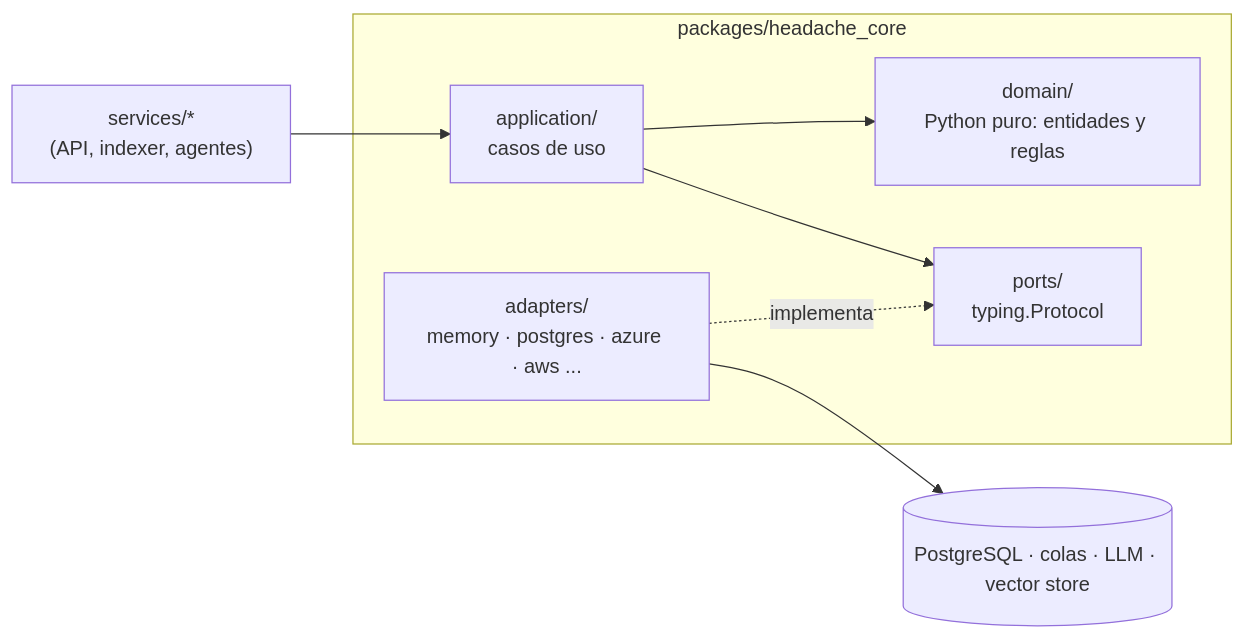
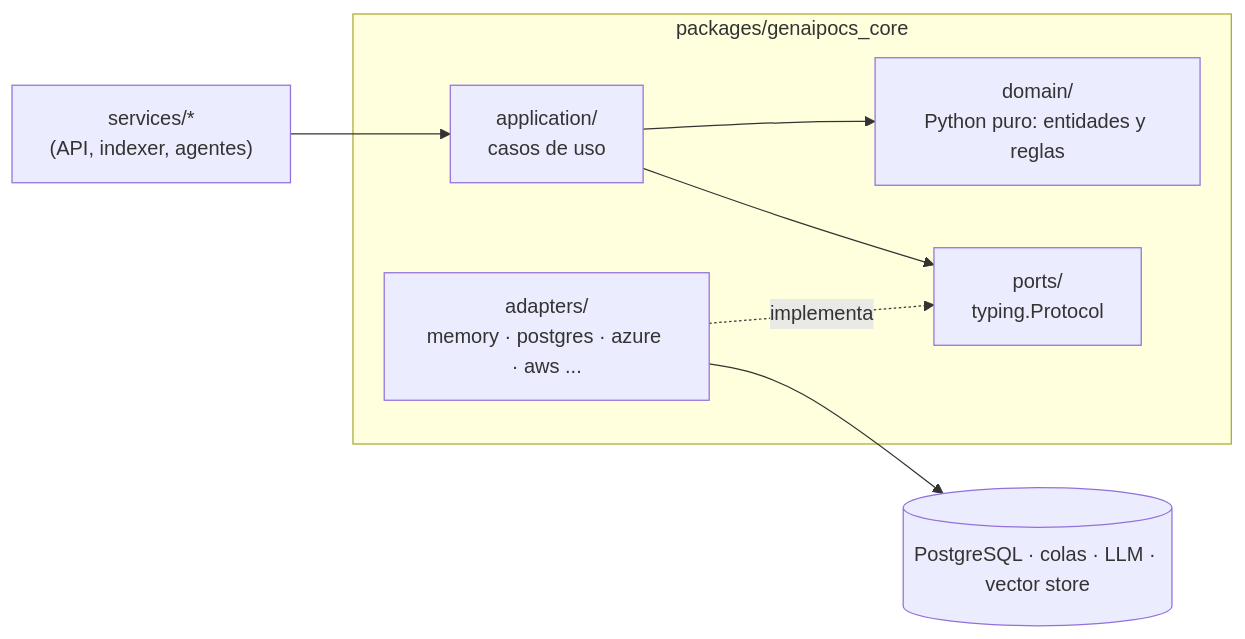
Before and after one commit to SergioVelmay/GenAI_PoCs: the diagram in docs/fase-0-cimientos.md, drawn with Mermaid. The commit also changed other lines of this file and 751 other files, not shown here.

First line of the commit message:
refactor: renombrado de headache a genaipocs en todo el repo

````diff
--- a/docs/fase-0-cimientos.md
+++ b/docs/fase-0-cimientos.md
@@ -14,14 +14,14 @@
 ```mermaid
 flowchart LR
-  subgraph core["packages/headache_core"]
+  subgraph core["packages/genaipocs_core"]
     D["domain/<br/>Python puro: entidades y reglas"]
     A["application/<br/>casos de uso"]
     P["ports/<br/>typing.Protocol"]
     AD["adapters/<br/>memory · postgres · azure · aws ..."]
   end
   S["services/*<br/>(API, indexer, agentes)"] --> A
   A --> D
   A --> P
   AD -. implementa .-> P
   AD --> X[(PostgreSQL · colas · LLM · vector store)]
 ```
````
